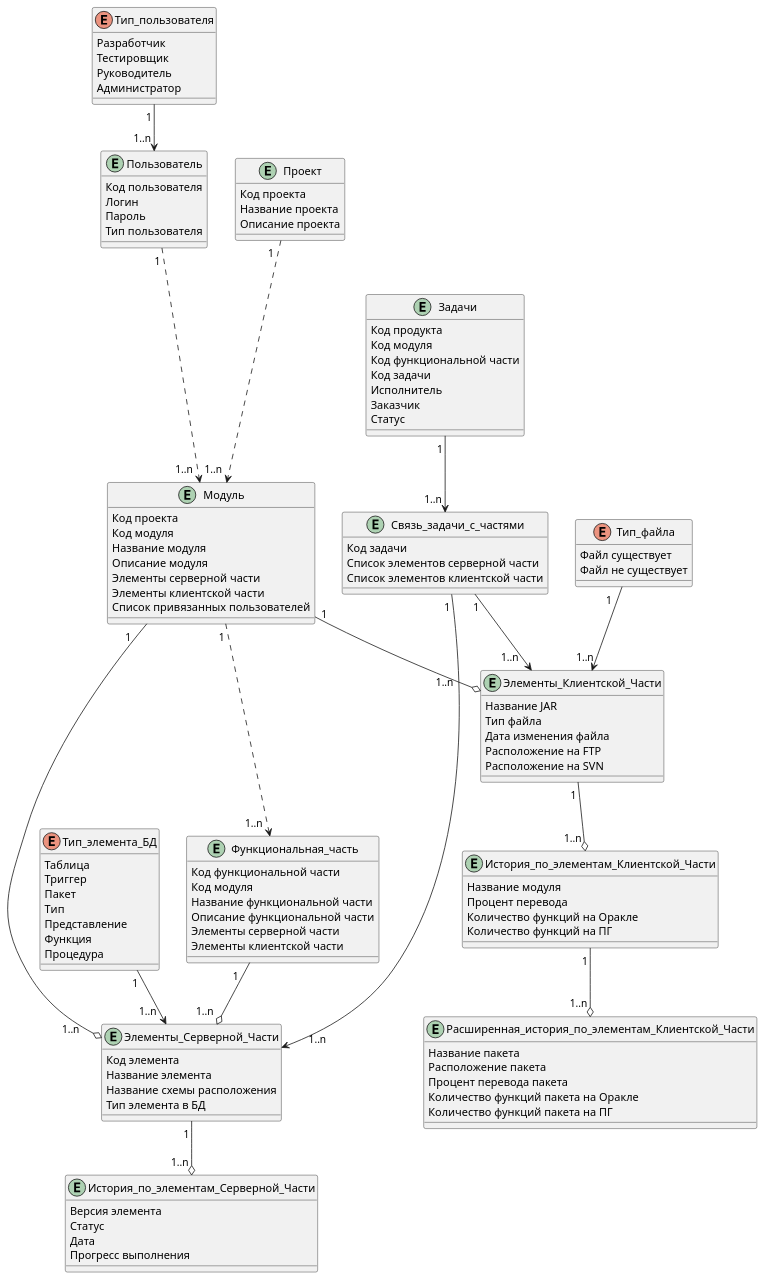
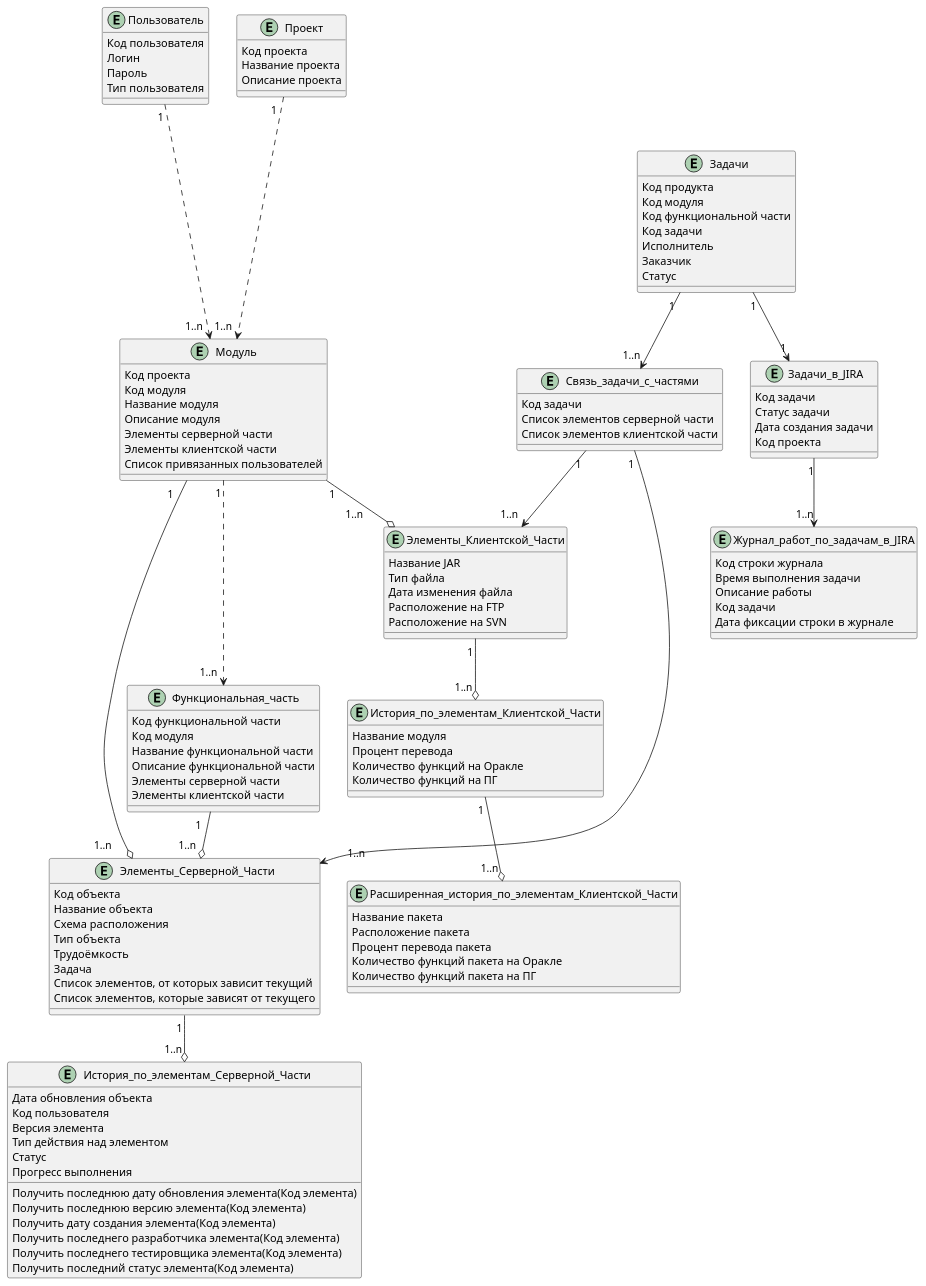
Before and after one commit to Wraithname/OTUSProject-Docs: the diagram in docs/model.md, drawn with PlantUML. The commit also changed other lines of this file and 1 other file, not shown here.

```diff
--- a/docs/model.md
+++ b/docs/model.md
@@ -45,16 +47,28 @@
 }
 
 Entity Элементы_Серверной_Части{
-Код элемента
-Название элемента
-Название схемы расположения
-Тип элемента в БД
+Код объекта
+Название объекта
+Схема расположения
+Тип объекта
+Трудоёмкость
+Задача
+Список элементов, от которых зависит текущий
+Список элементов, которые зависят от текущего
 }
 
 Entity История_по_элементам_Серверной_Части{
+Дата обновления объекта
+Код пользователя
 Версия элемента
+Тип действия над элементом
 Статус
-Дата
+Получить последнюю дату обновления элемента(Код элемента)
+Получить последнюю версию элемента(Код элемента)
+Получить дату создания элемента(Код элемента)
+Получить последнего разработчика элемента(Код элемента)
+Получить последнего тестировщика элемента(Код элемента)
+Получить последний статус элемента(Код элемента)
 Прогресс выполнения
 }
 
@@ -66,6 +80,21 @@
 Исполнитель
 Заказчик
 Статус
+}
+
+Entity Задачи_в_JIRA{
+Код задачи
+Статус задачи
+Дата создания задачи
+Код проекта
+}
+
+Entity Журнал_работ_по_задачам_в_JIRA{
+Код строки журнала
+Время выполнения задачи
+Описание работы
+Код задачи
+Дата фиксации строки в журнале
 }
 
 Entity Связь_задачи_с_частями{
@@ -96,10 +125,6 @@
 Расположение на FTP
 Расположение на SVN
 }
-enum Тип_файла{
-Файл существует
-Файл не существует
-}
 
 Entity Пользователь{
 Код пользователя
@@ -108,36 +133,19 @@
 Тип пользователя
 }
 
-enum Тип_пользователя{
-Разработчик
-Тестировщик
-Руководитель
-Администратор
-}
-
-enum Тип_элемента_БД {
-Таблица
-Триггер
-Пакет
-Тип
-Представление
-Функция
-Процедура
-}
 Пользователь "1 " -.-> "1..n  " Модуль
-Тип_файла "1   " --> "1..n" Элементы_Клиентской_Части
 Проект "1  " -.-> "1..n  " Модуль
 Модуль "1 " -.-> "1..n  " Функциональная_часть
 Модуль "1    " --o "1..n      " Элементы_Серверной_Части
 Функциональная_часть "1   " --o "1..n  " Элементы_Серверной_Части
-Тип_элемента_БД "1 " --> "1..n  " Элементы_Серверной_Части
 Модуль "1" --o "1..n        " Элементы_Клиентской_Части
 Элементы_Клиентской_Части "1 " --o "1..n " История_по_элементам_Клиентской_Части
 История_по_элементам_Клиентской_Части "1 " --o "1..n " Расширенная_история_по_элементам_Клиентской_Части
 Элементы_Серверной_Части "1 " --o "1..n " История_по_элементам_Серверной_Части
-Тип_пользователя "1 " --> "1..n " Пользователь
 
 Задачи "1 " --> "1..n " Связь_задачи_с_частями
+Задачи "1" --> "1" Задачи_в_JIRA
+Задачи_в_JIRA "1" --> "1..n" Журнал_работ_по_задачам_в_JIRA
 Связь_задачи_с_частями "1 " --> "        1..n" Элементы_Серверной_Части
 Связь_задачи_с_частями "1" --> "1..n   " Элементы_Клиентской_Части
 @enduml
```
